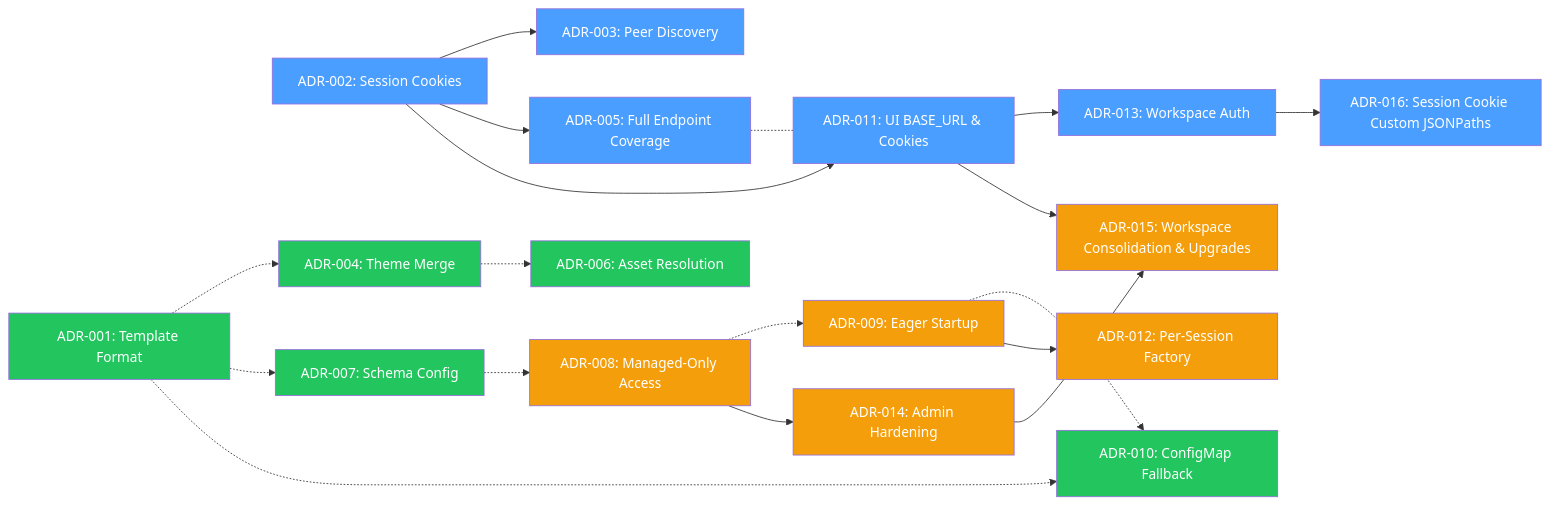
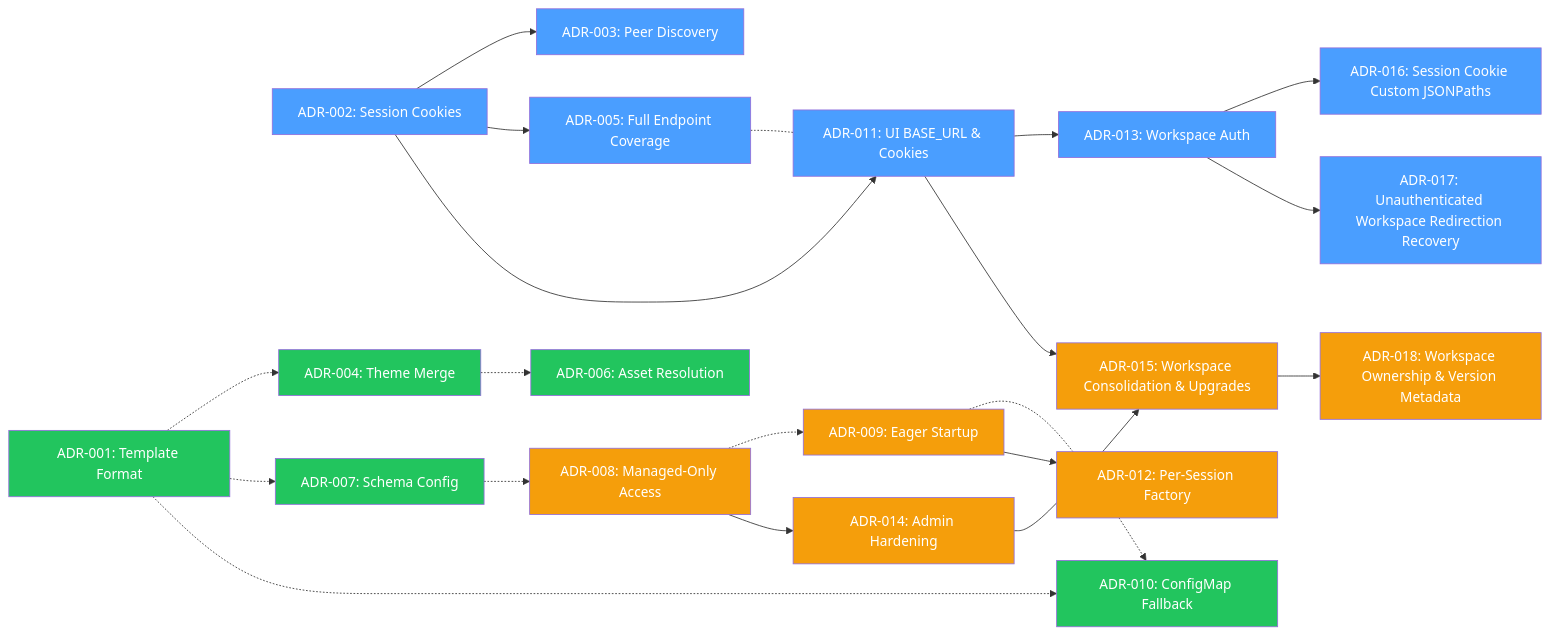
One commit to nogoo9/no-crd changed the diagram in docs/decisions/index.md. Above: the diagram before and after it, drawn with Mermaid. The commit also changed other lines of this file and 31 other files, not shown here.

````diff
--- a/docs/decisions/index.md
+++ b/docs/decisions/index.md
@@ -41,36 +43,40 @@
 ```mermaid
 graph LR
     ADR002["ADR-002: Session Cookies"] --> ADR003["ADR-003: Peer Discovery"]
     ADR002 --> ADR005["ADR-005: Full Endpoint Coverage"]
     ADR001["ADR-001: Template Format"] -.-> ADR004["ADR-004: Theme Merge"]
     ADR004 -.-> ADR006["ADR-006: Asset Resolution"]
     ADR001 -.-> ADR007["ADR-007: Schema Config"]
     ADR007 -.-> ADR008["ADR-008: Managed-Only Access"]
     ADR008 -.-> ADR009["ADR-009: Eager Startup"]
     ADR001 -.-> ADR010["ADR-010: ConfigMap Fallback"]
     ADR009 -.-> ADR010
     ADR002 --> ADR011["ADR-011: UI BASE_URL & Cookies"]
     ADR005 -.- ADR011
     ADR009 --> ADR012["ADR-012: Per-Session Factory"]
     ADR011 --> ADR013["ADR-013: Workspace Auth"]
     ADR008 --> ADR014["ADR-014: Admin Hardening"]
     ADR011 --> ADR015["ADR-015: Workspace Consolidation & Upgrades"]
     ADR014 --> ADR015
     ADR013 --> ADR016["ADR-016: Session Cookie Custom JSONPaths"]
+    ADR013 --> ADR017["ADR-017: Unauthenticated Workspace Redirection Recovery"]
+    ADR015 --> ADR018["ADR-018: Workspace Ownership & Version Metadata"]
     style ADR002 fill:#4a9eff,color:#fff
     style ADR003 fill:#4a9eff,color:#fff
     style ADR005 fill:#4a9eff,color:#fff
     style ADR001 fill:#22c55e,color:#fff
     style ADR004 fill:#22c55e,color:#fff
     style ADR006 fill:#22c55e,color:#fff
     style ADR007 fill:#22c55e,color:#fff
     style ADR008 fill:#f59e0b,color:#fff
     style ADR009 fill:#f59e0b,color:#fff
     style ADR010 fill:#22c55e,color:#fff
     style ADR011 fill:#4a9eff,color:#fff
     style ADR012 fill:#f59e0b,color:#fff
     style ADR013 fill:#4a9eff,color:#fff
     style ADR014 fill:#f59e0b,color:#fff
     style ADR015 fill:#f59e0b,color:#fff
     style ADR016 fill:#4a9eff,color:#fff
+    style ADR017 fill:#4a9eff,color:#fff
+    style ADR018 fill:#f59e0b,color:#fff
 ```
````
